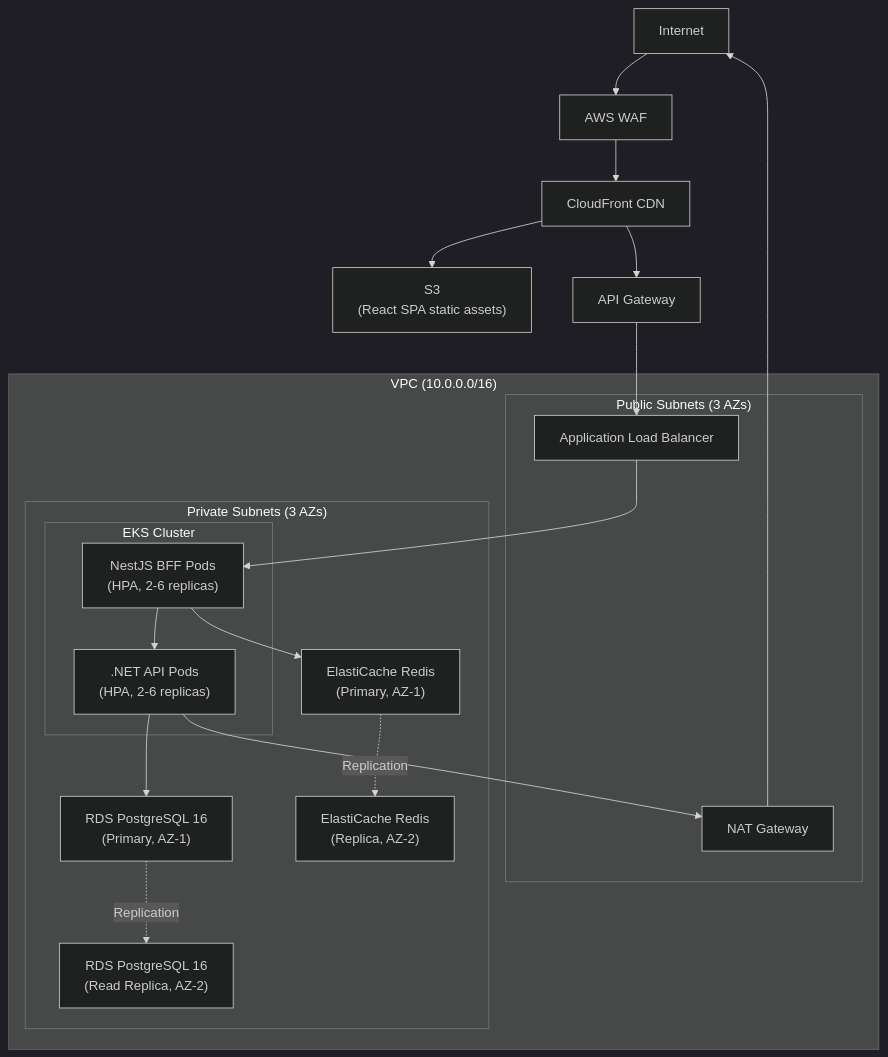
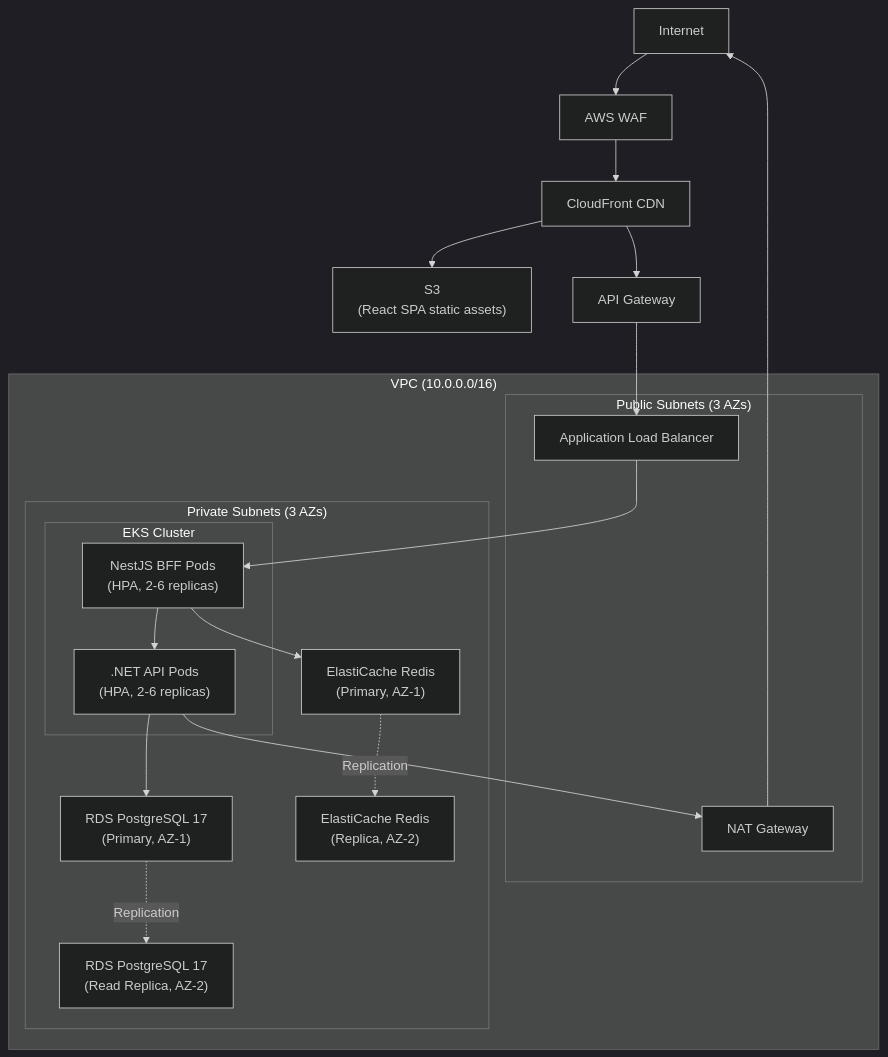
One commit to sukhesh035/employee_budget_allocation changed the third of 14 diagrams in docs/diagrams/ARCHITECTURE.md. Above: the diagram before and after it, drawn with Mermaid (dark theme). The commit also changed other lines of this file and 11 other files, not shown here.

````diff
--- a/docs/diagrams/ARCHITECTURE.md
+++ b/docs/diagrams/ARCHITECTURE.md
@@ -80,39 +80,39 @@
 ```mermaid
 flowchart TB
     INET["Internet"]
     WAF["AWS WAF"]
     CF["CloudFront CDN"]
     S3_STATIC["S3\n(React SPA static assets)"]
     APIGW["API Gateway"]
 
     subgraph VPC ["VPC (10.0.0.0/16)"]
         subgraph PUB ["Public Subnets (3 AZs)"]
             NAT["NAT Gateway"]
             ALB["Application Load Balancer"]
         end
 
         subgraph PRIV ["Private Subnets (3 AZs)"]
             subgraph EKS ["EKS Cluster"]
                 NEST_POD["NestJS BFF Pods\n(HPA, 2-6 replicas)"]
                 DOTNET_POD[".NET API Pods\n(HPA, 2-6 replicas)"]
             end
-            RDS_PRI["RDS PostgreSQL 16\n(Primary, AZ-1)"]
-            RDS_REP["RDS PostgreSQL 16\n(Read Replica, AZ-2)"]
+            RDS_PRI["RDS PostgreSQL 17\n(Primary, AZ-1)"]
+            RDS_REP["RDS PostgreSQL 17\n(Read Replica, AZ-2)"]
             EC_PRI["ElastiCache Redis\n(Primary, AZ-1)"]
             EC_REP["ElastiCache Redis\n(Replica, AZ-2)"]
         end
     end
 
     INET --> WAF --> CF
     CF --> S3_STATIC
     CF --> APIGW
     APIGW --> ALB
     ALB --> NEST_POD
     NEST_POD --> DOTNET_POD
     DOTNET_POD --> RDS_PRI
     RDS_PRI -.->|Replication| RDS_REP
     NEST_POD --> EC_PRI
     EC_PRI -.->|Replication| EC_REP
     DOTNET_POD --> NAT
     NAT --> INET
 ```
````
